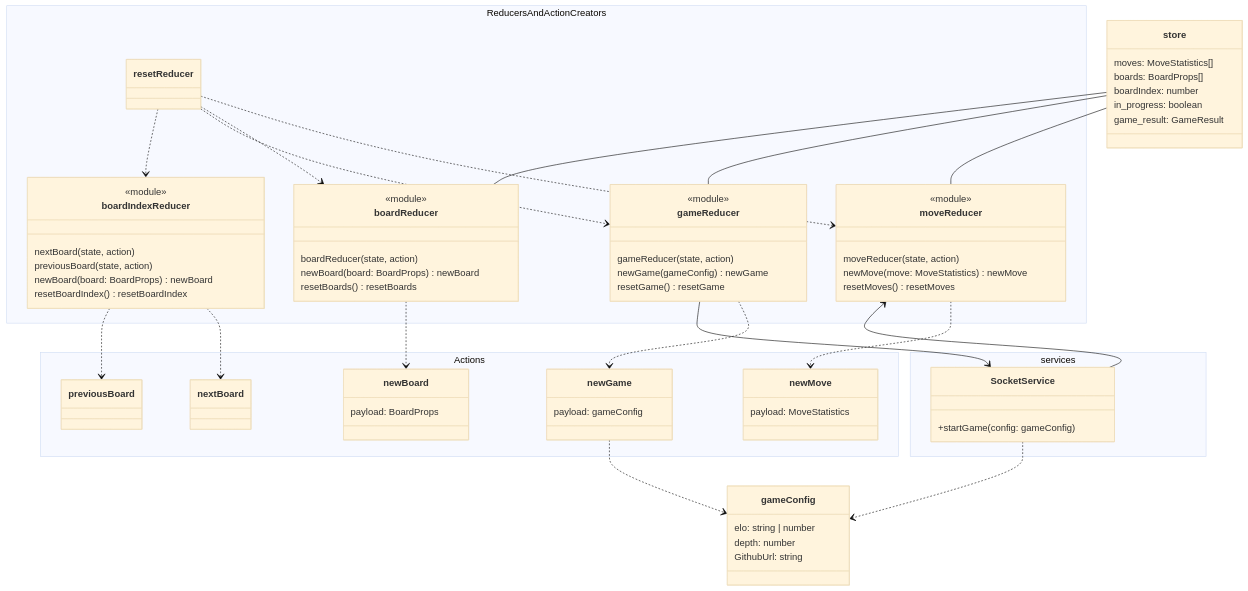
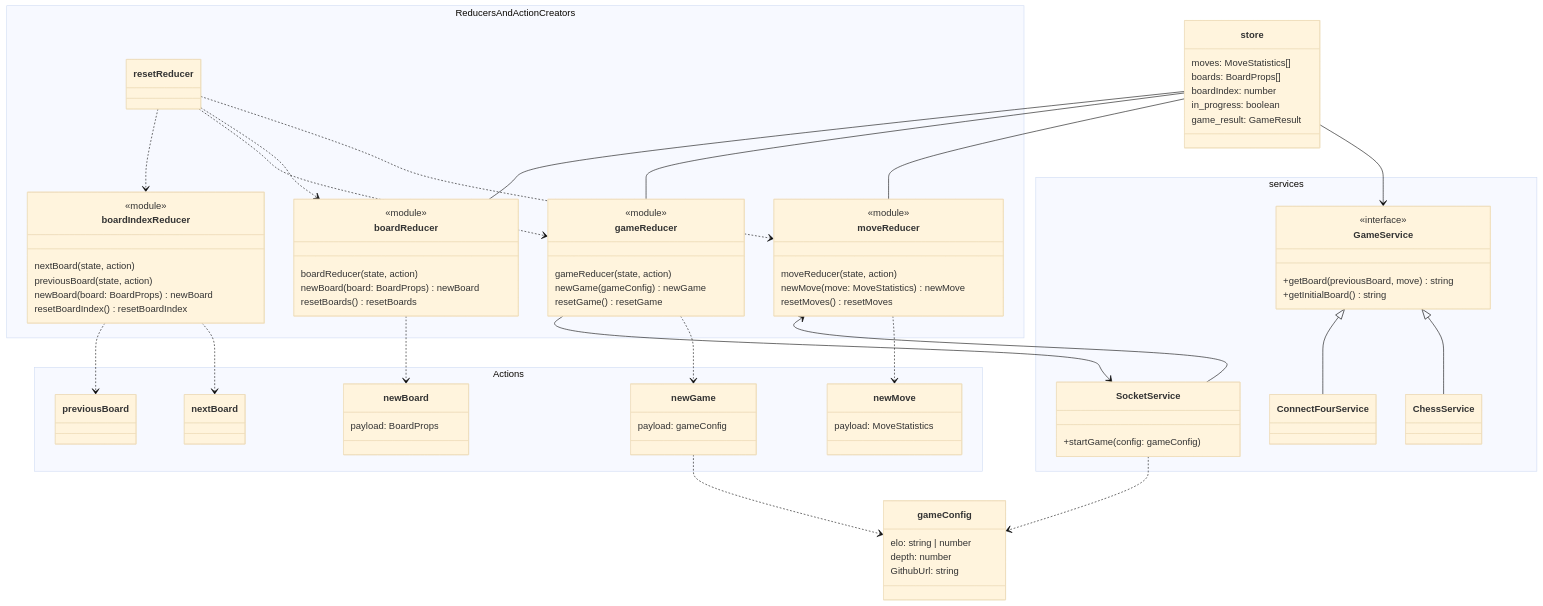
One commit to game-ai-platform-team/tira-ai-platform changed the fifth of 5 diagrams in docs/architecture.md. Above: the diagram before and after it, drawn with Mermaid (base theme).

Commit message:
docs(#115): Move GameService to Redux part

```diff
--- a/docs/architecture.md
+++ b/docs/architecture.md
@@ -273,6 +261,7 @@
 store -- moveReducer
 store -- gameReducer
 store -- boardReducer
+store --> GameService
 
 gameReducer ..> newGame
 moveReducer ..> newMove
@@ -292,10 +281,22 @@
 resetReducer ..> gameReducer
 resetReducer ..> boardIndexReducer
 
+GameService <|-- ChessService
+GameService <|-- ConnectFourService
+
 namespace services {
     class SocketService {
         +startGame(config: gameConfig)
     }
+
+    class GameService {
+        <<interface>>
+        +getBoard(previousBoard, move) string
+        +getInitialBoard() string
+    }
+
+    class ChessService
+    class ConnectFourService
 }
 
 class gameConfig {
```
